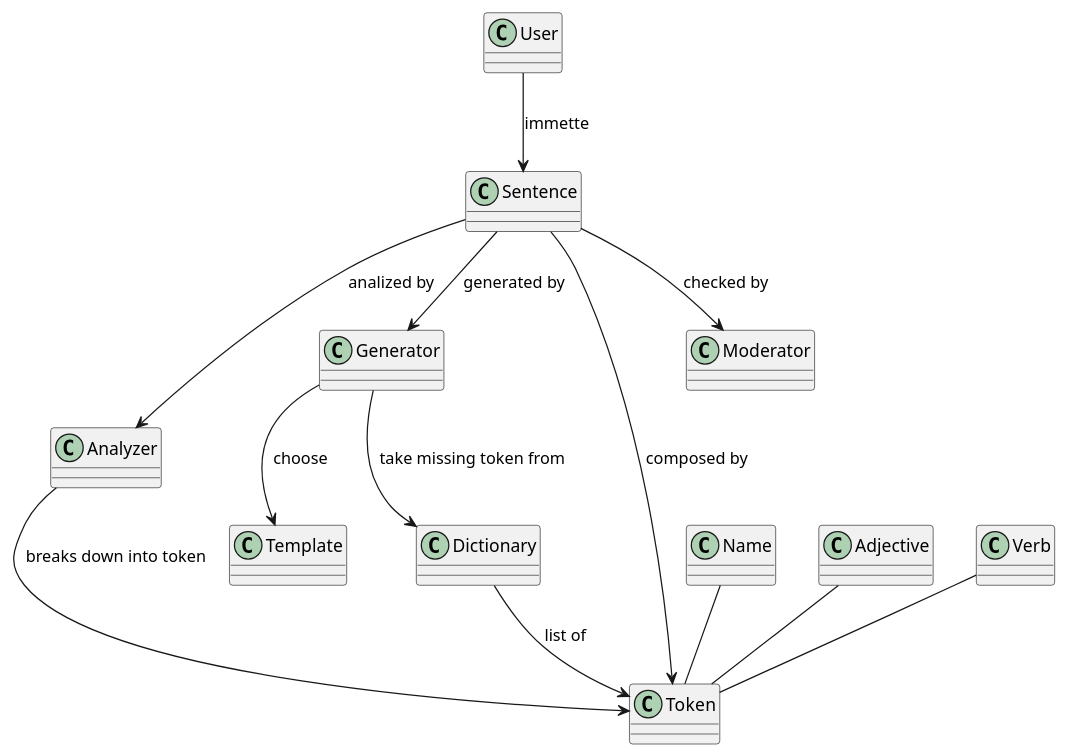
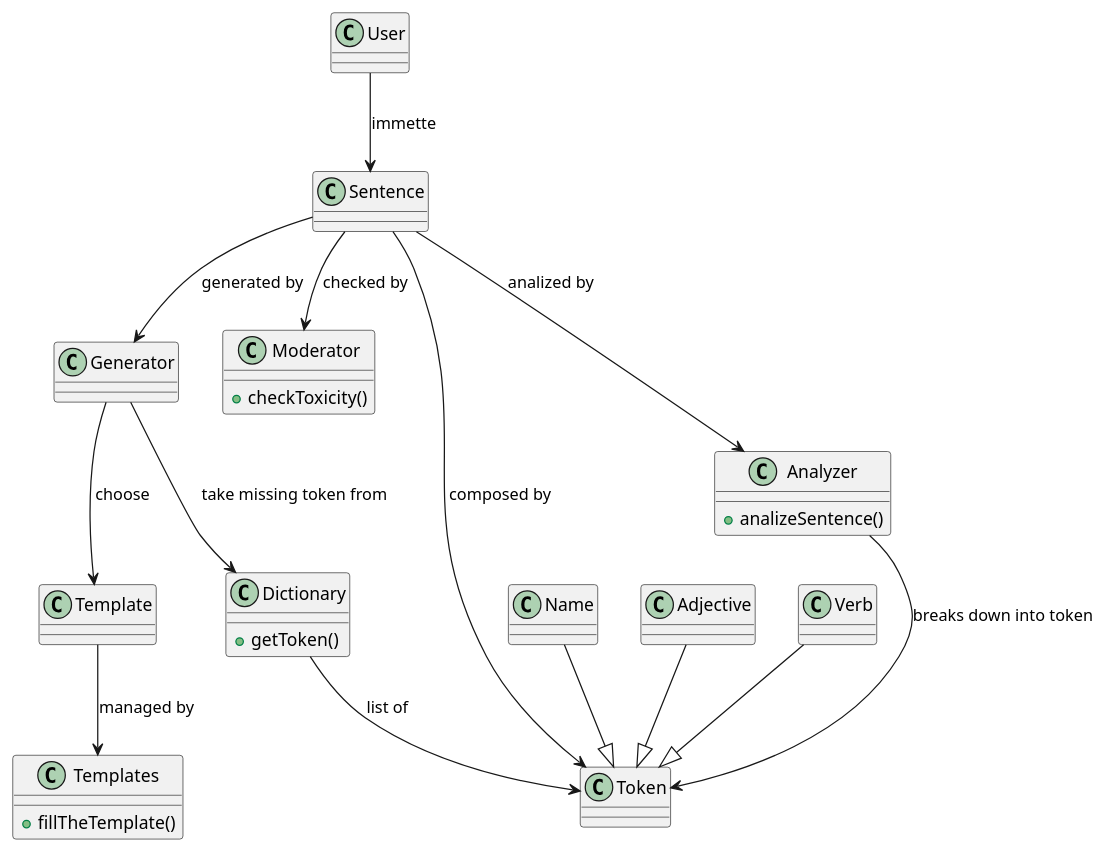
One commit to FedeRio-Biscotto/nosensegenerator changed the diagram in Grafici_UML/DomainModelPau.puml. Above: the diagram before and after it, drawn with PlantUML. The commit also changed 13 other files, not shown here.

```diff
--- a/Grafici_UML/DomainModelPau.puml
+++ b/Grafici_UML/DomainModelPau.puml
@@ -1,23 +1,41 @@
 @startuml Domain_Model
+
+class Templates{
+    +fillTheTemplate()
+}
+
+class Dictionary{
+    +getToken()
+}
+
+class Analyzer{
+    +analizeSentence()
+}
+
+class Moderator{
+    +checkToxicity()
+}
+
 
 User --> Sentence : immette
 Sentence --> Analyzer: analized by
 Sentence --> Generator: generated by
 'Generator --> Sentence
 Sentence --> Token: composed by
 Sentence --> Moderator: checked by
 Generator --> Template: choose
+Template --> Templates: managed by
 Generator --> Dictionary: take missing token from
 Dictionary --> Token: list of
 Analyzer --> Token: breaks down into token
 
-Name -- Token
-Adjective -- Token
-Verb -- Token
+Name --|> Token
+Adjective --|> Token
+Verb --|> Token
 
 
 
 
 
 
 @enduml
```
